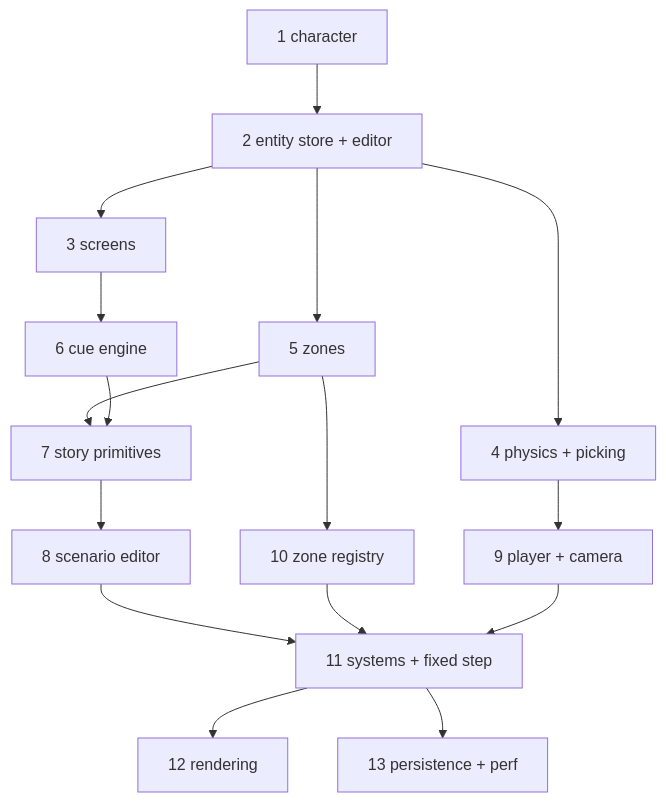
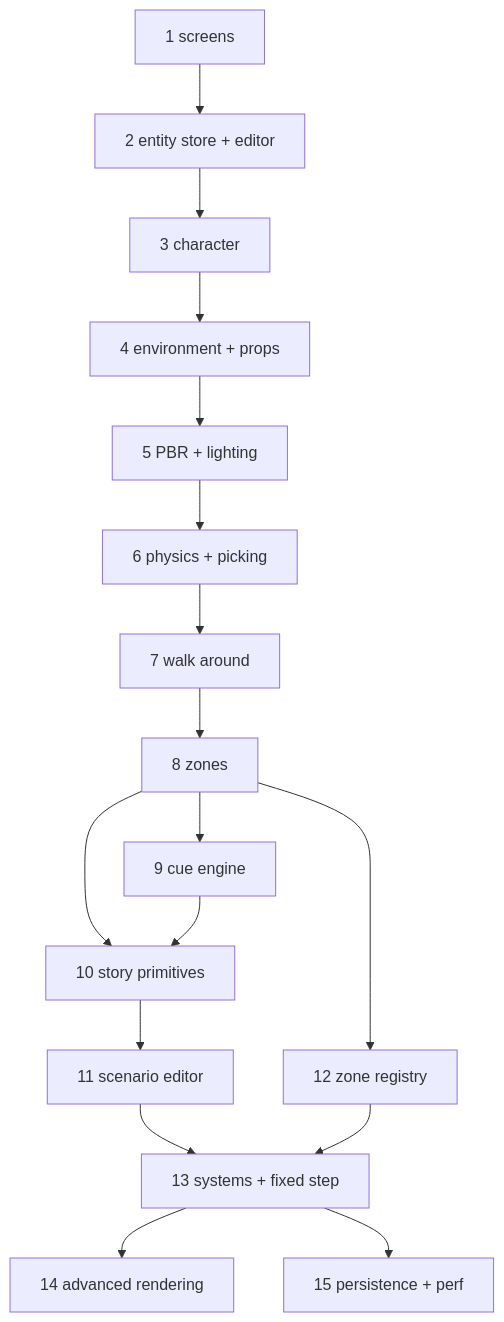
The diagram in docs/ROADMAP.md (fswadling/Sugoi), drawn with Mermaid before and after one commit. The commit also changed other lines of this file and 1 other file, not shown here.

First line of the commit message:
Refine roadmap: PBR before physics, screens and editor first

````diff
--- a/docs/ROADMAP.md
+++ b/docs/ROADMAP.md
@@ -71,18 +83,19 @@
 ```mermaid
 graph TD
-    P1[1 character] --> P2[2 entity store + editor]
-    P2 --> P3[3 screens]
-    P2 --> P4[4 physics + picking]
-    P3 --> P6[6 cue engine]
-    P4 --> P9[9 player + camera]
-    P2 --> P5[5 zones]
-    P5 --> P7[7 story primitives]
-    P6 --> P7
-    P7 --> P8[8 scenario editor]
-    P5 --> P10[10 zone registry]
-    P8 --> P11[11 systems + fixed step]
-    P10 --> P11
-    P9 --> P11
-    P11 --> P12[12 rendering]
-    P11 --> P13[13 persistence + perf]
+    P1[1 screens] --> P2[2 entity store + editor]
+    P2 --> P3[3 character]
+    P3 --> P4[4 environment + props]
+    P4 --> P5[5 PBR + lighting]
+    P5 --> P6[6 physics + picking]
+    P6 --> P7[7 walk around]
+    P7 --> P8[8 zones]
+    P8 --> P9[9 cue engine]
+    P8 --> P10[10 story primitives]
+    P9 --> P10
+    P10 --> P11[11 scenario editor]
+    P8 --> P12[12 zone registry]
+    P11 --> P13[13 systems + fixed step]
+    P12 --> P13
+    P13 --> P14[14 advanced rendering]
+    P13 --> P15[15 persistence + perf]
 ```
````
